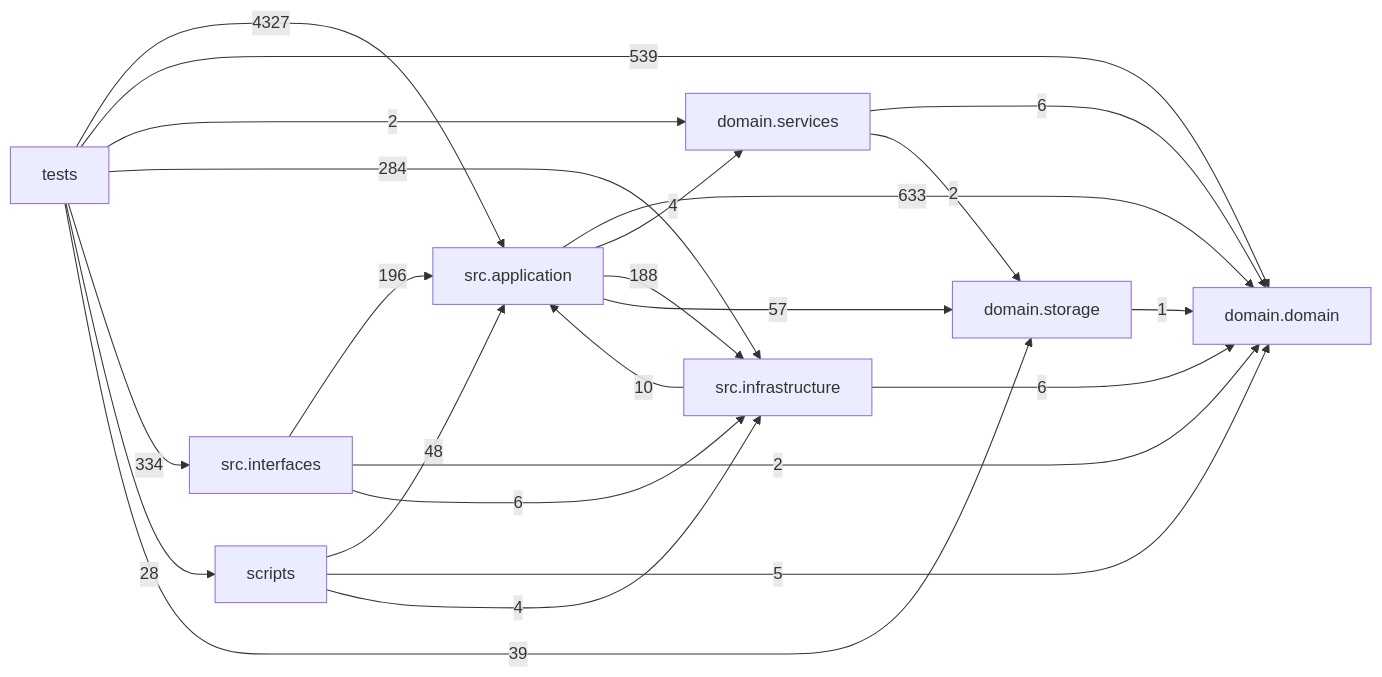
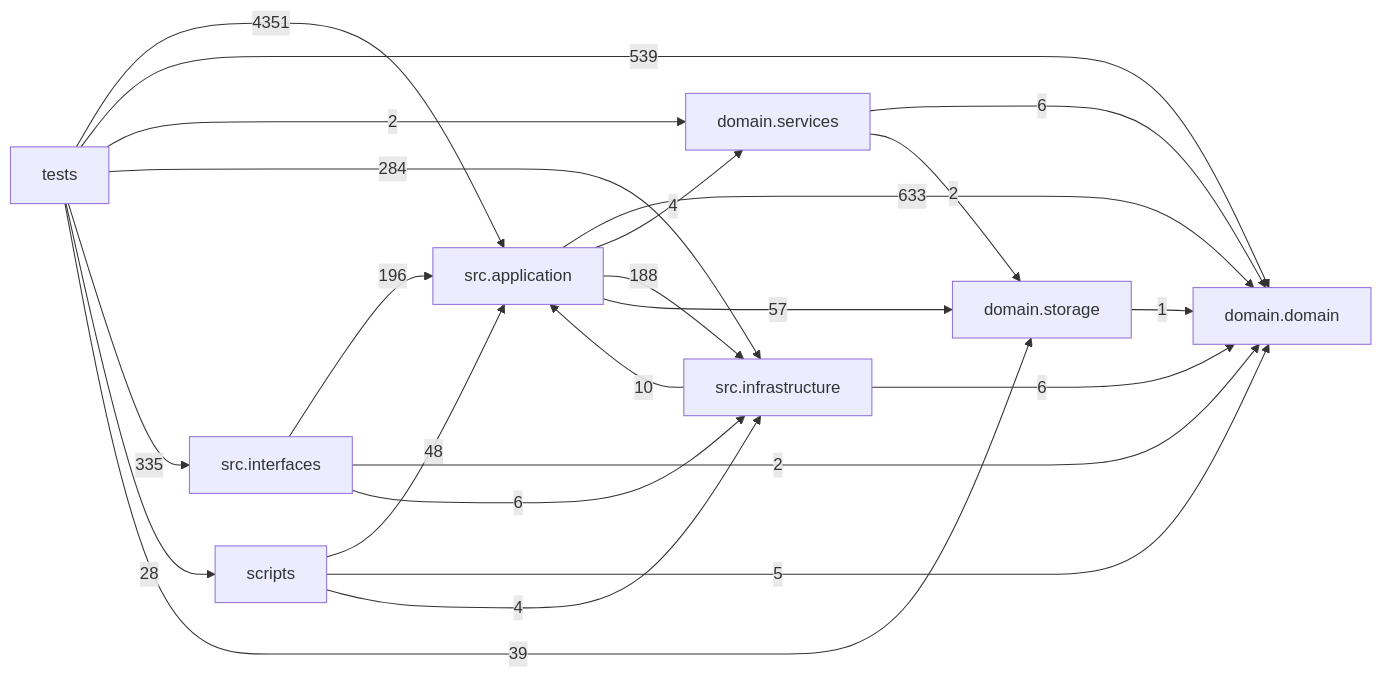
Before and after one commit to liuxie066/options-monitor: the diagram in docs/DEPENDENCY_GRAPH.md, drawn with Mermaid. The commit also changed other lines of this file and 24 other files, not shown here.

````diff
--- a/docs/DEPENDENCY_GRAPH.md
+++ b/docs/DEPENDENCY_GRAPH.md
@@ -24,33 +24,33 @@
 ```mermaid
 flowchart LR
   tests["tests"]
   scripts["scripts"]
   interfaces["src.interfaces"]
   application["src.application"]
   infrastructure["src.infrastructure"]
   domain_services["domain.services"]
   domain["domain.domain"]
   storage["domain.storage"]
   application -->|633| domain
   application -->|4| domain_services
   application -->|188| infrastructure
   application -->|57| storage
   domain_services -->|6| domain
   domain_services -->|2| storage
   infrastructure -->|10| application
   infrastructure -->|6| domain
   interfaces -->|196| application
   interfaces -->|2| domain
   interfaces -->|6| infrastructure
   scripts -->|48| application
   scripts -->|5| domain
   scripts -->|4| infrastructure
   storage -->|1| domain
-  tests -->|4327| application
+  tests -->|4351| application
   tests -->|539| domain
   tests -->|2| domain_services
   tests -->|284| infrastructure
-  tests -->|334| interfaces
+  tests -->|335| interfaces
   tests -->|28| scripts
   tests -->|39| storage
 ```
````
